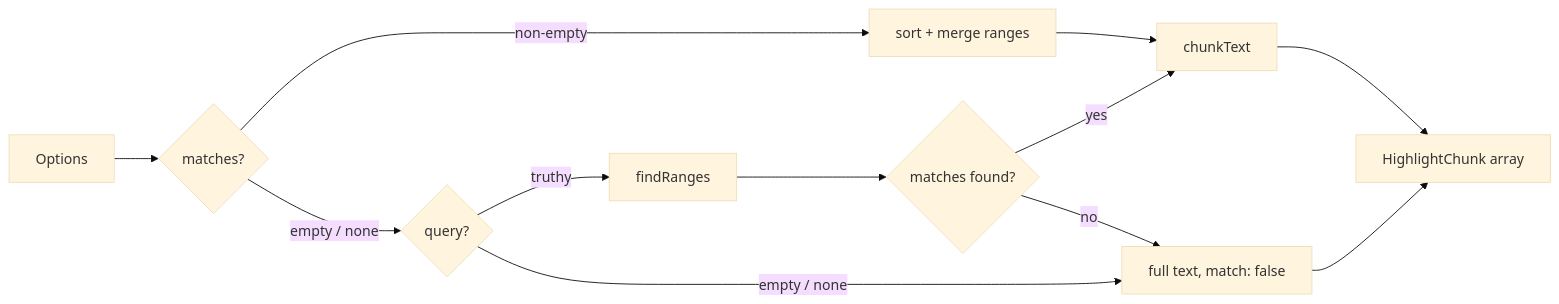
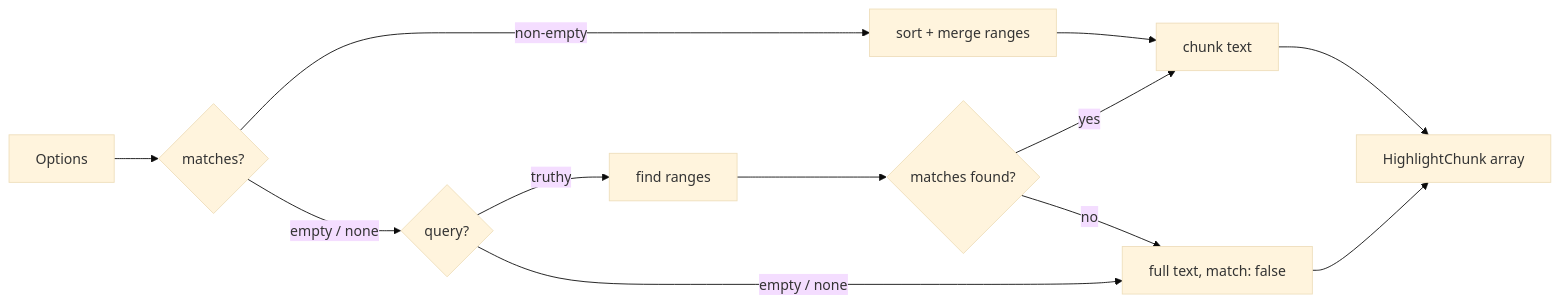
The diagram in apps/docs/src/pages/composables/transformers/to-highlight.md (vuetifyjs/0), drawn with Mermaid (base theme) before and after one commit. The commit also changed other lines of this file and 7 other files, not shown here.

````diff
--- a/apps/docs/src/pages/composables/transformers/to-highlight.md
+++ b/apps/docs/src/pages/composables/transformers/to-highlight.md
@@ -41,14 +41,14 @@
 ```mermaid "Highlight Resolution"
 flowchart LR
   options[Options] --> matches{matches?}
   matches -- non-empty --> normalize[sort + merge ranges]
   matches -- empty / none --> query{query?}
-  query -- truthy --> find[findRanges]
+  query -- truthy --> find[find ranges]
   query -- empty / none --> noop[full text, match: false]
   find --> ranges{matches found?}
-  ranges -- yes --> chunk[chunkText]
+  ranges -- yes --> chunk[chunk text]
   ranges -- no --> noop
   normalize --> chunk
   chunk --> chunks[HighlightChunk array]
   noop --> chunks
 ```
````
